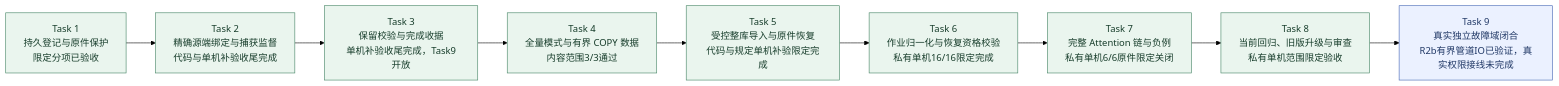
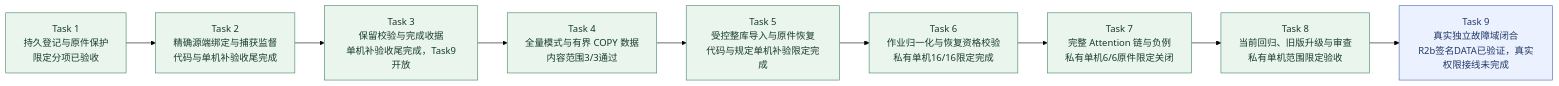
Before and after one commit to MansurnamedZhang/learning-system-p0c4: the second of 9 diagrams in docs/KnowWeave实施路线与系统架构.md, drawn with Mermaid (forest theme). The commit also changed other lines of this file and 18 other files, not shown here.

````diff
--- a/docs/KnowWeave实施路线与系统架构.md
+++ b/docs/KnowWeave实施路线与系统架构.md
@@ -80,25 +80,25 @@
 ```mermaid
 flowchart LR
     C4T1["Task 1<br/>持久登记与原件保护<br/>限定分项已验收"]
     C4T2["Task 2<br/>精确源端绑定与捕获监督<br/>代码与单机补验收尾完成"]
     C4T3["Task 3<br/>保留校验与完成收据<br/>单机补验收尾完成，Task9开放"]
     C4T4["Task 4<br/>全量模式与有界 COPY 数据<br/>内容范围3/3通过"]
     C4T5["Task 5<br/>受控整库导入与原件恢复<br/>代码与规定单机补验限定完成"]
     C4T6["Task 6<br/>作业归一化与恢复资格校验<br/>私有单机16/16限定完成"]
     C4T7["Task 7<br/>完整 Attention 链与负例<br/>私有单机6/6原件限定关闭"]
     C4T8["Task 8<br/>当前回归、旧版升级与审查<br/>私有单机范围限定验收"]
-    C4T9["Task 9<br/>真实独立故障域闭合<br/>R2b有界管道IO已验证，真实权限接线未完成"]
+    C4T9["Task 9<br/>真实独立故障域闭合<br/>R2b签名DATA已验证，真实权限接线未完成"]
     C4T1 --> C4T2
     C4T2 --> C4T3
     C4T3 --> C4T4
     C4T4 --> C4T5
     C4T5 --> C4T6
     C4T6 --> C4T7
     C4T7 --> C4T8
     C4T8 --> C4T9
     class C4T1,C4T2,C4T3,C4T4,C4T5,C4T6,C4T7,C4T8 done
     class C4T9 next
     classDef done fill:#eaf5ee,stroke:#438363,color:#173d2b
     classDef next fill:#ebf1ff,stroke:#4365b4,color:#203866
     classDef planned fill:#f2f4f8,stroke:#8591a3,color:#28354b
 ```
````
